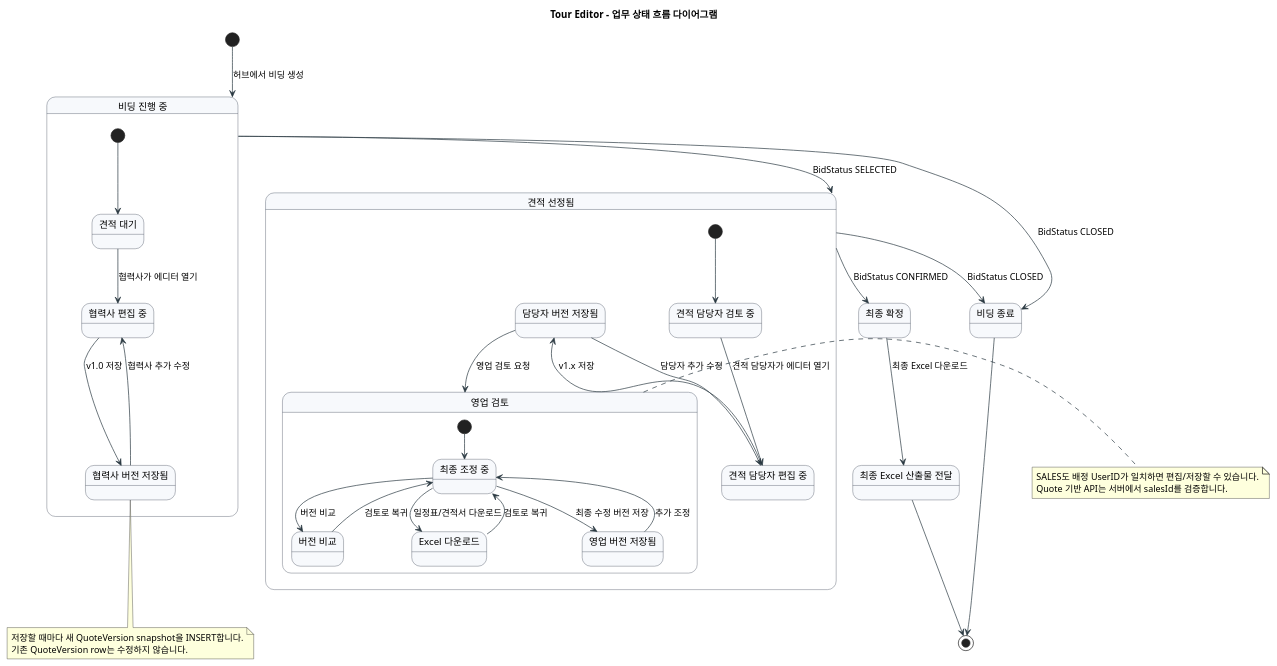
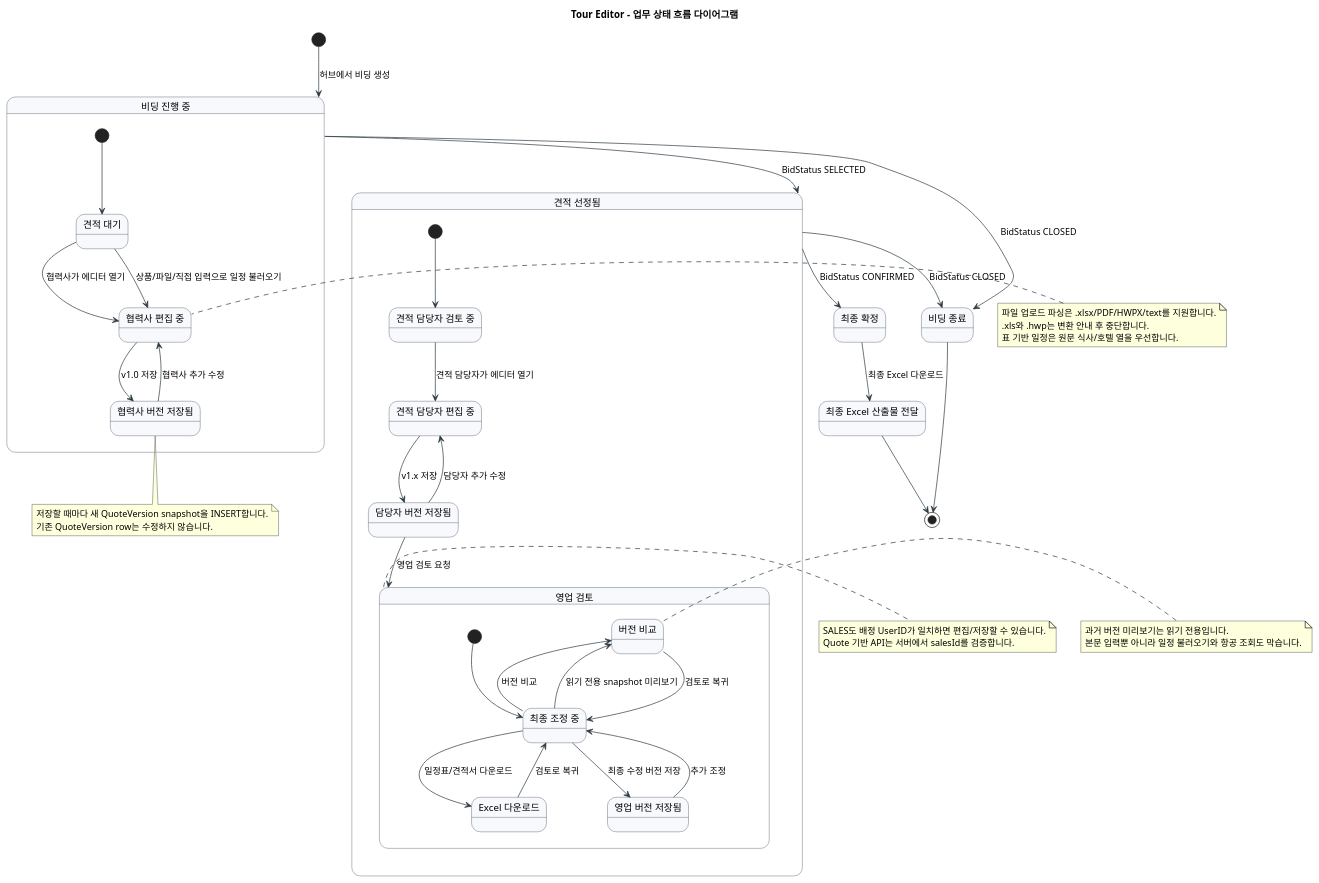
One commit to yoonzzan/tour-editor changed the diagram in docs/diagrams/workflow.puml. Above: the diagram before and after it, drawn with PlantUML. The commit also changed 6 other files, not shown here.

Commit message:
Update architecture diagrams

```diff
--- a/docs/diagrams/workflow.puml
+++ b/docs/diagrams/workflow.puml
@@ -1,72 +1,85 @@
 @startuml TourEditorWorkflow
 title Tour Editor - 업무 상태 흐름 다이어그램
 
 skinparam StateBackgroundColor #F7F9FC
 skinparam StateBorderColor #2F3A4A
 skinparam ArrowColor #2B3A42
 
 [*] --> BidOpen : 허브에서 비딩 생성
 
 state "비딩 진행 중" as BidOpen {
   [*] --> WaitingForQuote
   state "견적 대기" as WaitingForQuote
   state "협력사 편집 중" as PartnerEditing
   state "협력사 버전 저장됨" as VersionSaved
 
   WaitingForQuote --> PartnerEditing : 협력사가 에디터 열기
+  WaitingForQuote --> PartnerEditing : 상품/파일/직접 입력으로 일정 불러오기
   PartnerEditing --> VersionSaved : v1.0 저장
   VersionSaved --> PartnerEditing : 협력사 추가 수정
 }
 
 BidOpen --> BidSelected : BidStatus SELECTED
 
 state "견적 선정됨" as BidSelected {
   [*] --> AgentReviewing
   state "견적 담당자 검토 중" as AgentReviewing
   state "견적 담당자 편집 중" as AgentEditing
   state "담당자 버전 저장됨" as AgentVersionSaved
 
   AgentReviewing --> AgentEditing : 견적 담당자가 에디터 열기
   AgentEditing --> AgentVersionSaved : v1.x 저장
   AgentVersionSaved --> AgentEditing : 담당자 추가 수정
   AgentVersionSaved --> SalesReviewing : 영업 검토 요청
 }
 
 state "영업 검토" as SalesReviewing {
   [*] --> SalesEditing
   state "최종 조정 중" as SalesEditing
   state "버전 비교" as VersionCompare
   state "Excel 다운로드" as ExcelExport
   state "영업 버전 저장됨" as SalesVersionSaved
 
   SalesEditing --> VersionCompare : 버전 비교
+  SalesEditing --> VersionCompare : 읽기 전용 snapshot 미리보기
   SalesEditing --> ExcelExport : 일정표/견적서 다운로드
   SalesEditing --> SalesVersionSaved : 최종 수정 버전 저장
   VersionCompare --> SalesEditing : 검토로 복귀
   ExcelExport --> SalesEditing : 검토로 복귀
   SalesVersionSaved --> SalesEditing : 추가 조정
 }
 
 BidSelected --> Confirmed : BidStatus CONFIRMED
 state "최종 확정" as Confirmed
 state "최종 Excel 산출물 전달" as Exported
 
 Confirmed --> Exported : 최종 Excel 다운로드
 Exported --> [*]
 
 BidOpen --> Closed : BidStatus CLOSED
 BidSelected --> Closed : BidStatus CLOSED
 state "비딩 종료" as Closed
 Closed --> [*]
 
 note right of SalesReviewing
   SALES도 배정 UserID가 일치하면 편집/저장할 수 있습니다.
   Quote 기반 API는 서버에서 salesId를 검증합니다.
 end note
 
+note left of PartnerEditing
+  파일 업로드 파싱은 .xlsx/PDF/HWPX/text를 지원합니다.
+  .xls와 .hwp는 변환 안내 후 중단합니다.
+  표 기반 일정은 원문 식사/호텔 열을 우선합니다.
+end note
+
+note right of VersionCompare
+  과거 버전 미리보기는 읽기 전용입니다.
+  본문 입력뿐 아니라 일정 불러오기와 항공 조회도 막습니다.
+end note
+
 note bottom of VersionSaved
   저장할 때마다 새 QuoteVersion snapshot을 INSERT합니다.
   기존 QuoteVersion row는 수정하지 않습니다.
 end note
 
 @enduml
```
